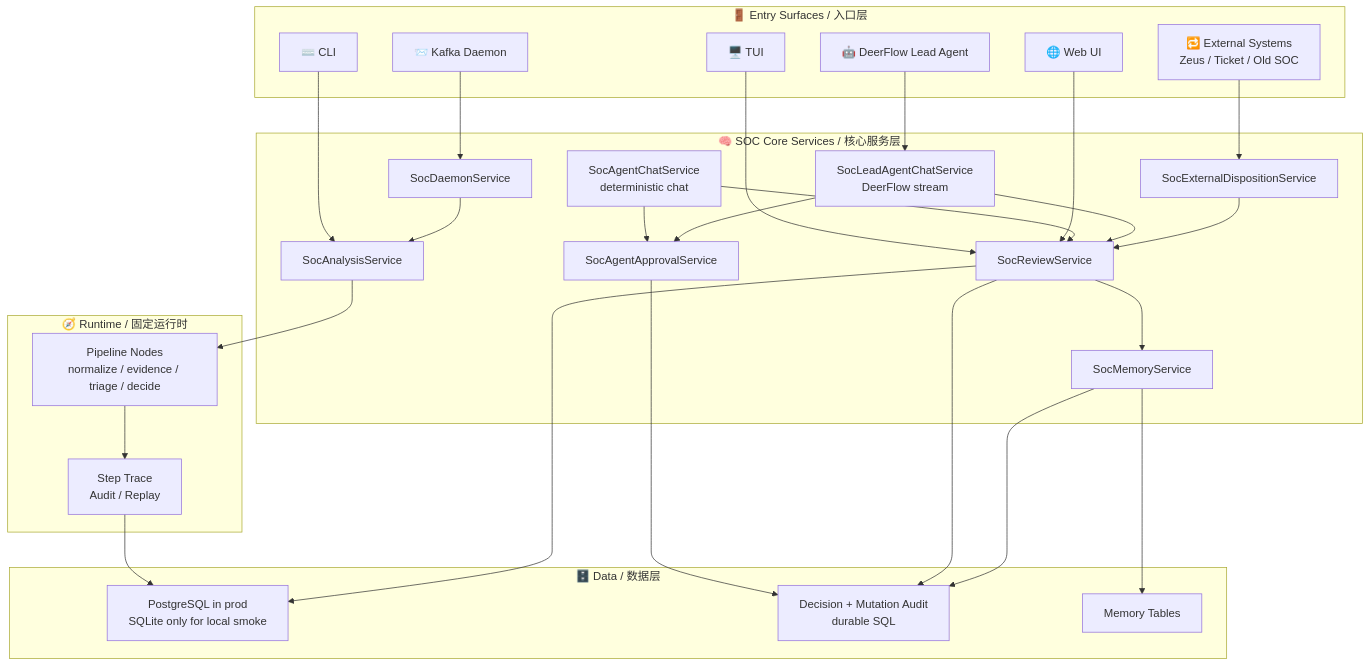
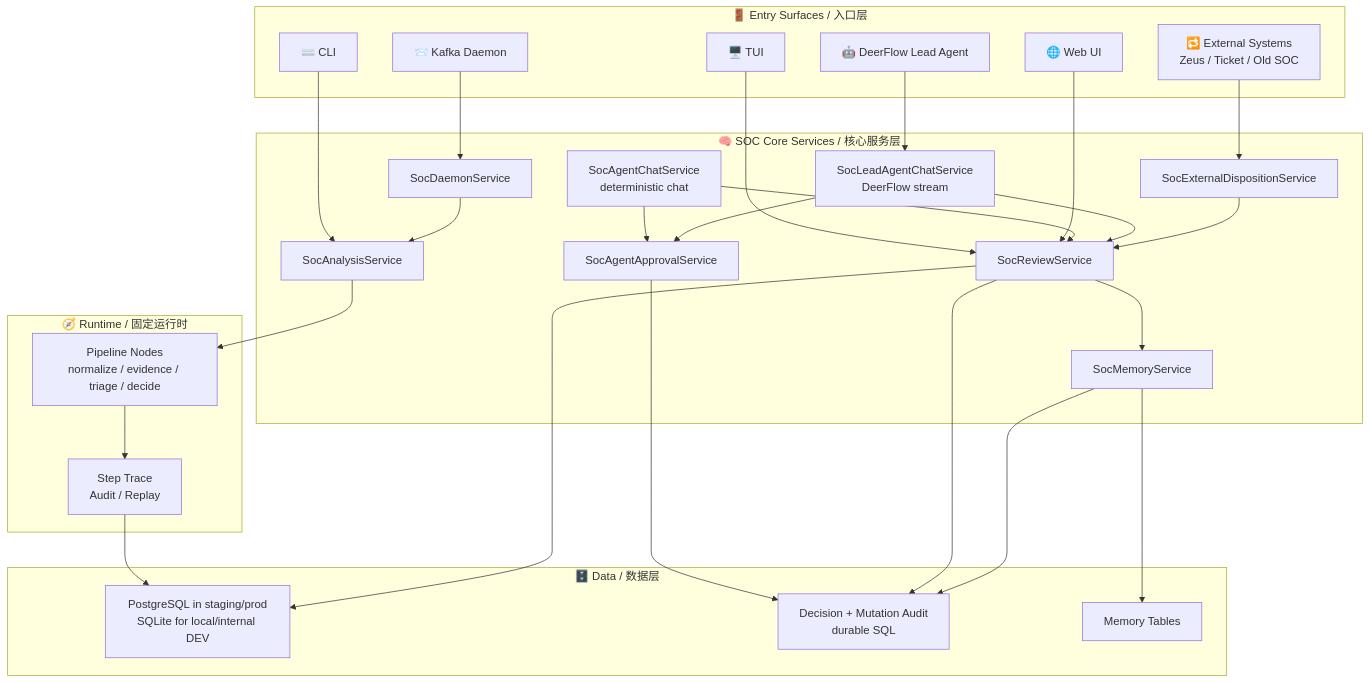
The second of 15 diagrams in .notes/ai_soc/soc-agent-solution.md (yydspanda/deer-flow), drawn with Mermaid before and after one commit. The commit also changed other lines of this file and 40 other files, not shown here.

````diff
--- a/.notes/ai_soc/soc-agent-solution.md
+++ b/.notes/ai_soc/soc-agent-solution.md
@@ -155,56 +155,56 @@
 ```mermaid
 flowchart TB
     subgraph Entry["🚪 Entry Surfaces / 入口层"]
         CLI["⌨️ CLI"]
         TUI["🖥️ TUI"]
         WEB["🌐 Web UI"]
         KAFKA["📨 Kafka Daemon"]
         LEAD["🤖 DeerFlow Lead Agent"]
         EXT["🔁 External Systems<br/>Zeus / Ticket / Old SOC"]
     end
 
     subgraph Core["🧠 SOC Core Services / 核心服务层"]
         ANALYSIS["SocAnalysisService"]
         REVIEW["SocReviewService"]
         MEMORY["SocMemoryService"]
         DAEMON["SocDaemonService"]
         CHAT["SocAgentChatService<br/>deterministic chat"]
         LEAD_CHAT["SocLeadAgentChatService<br/>DeerFlow stream"]
         DISPOSITION["SocExternalDispositionService"]
         APPROVAL["SocAgentApprovalService"]
     end
 
     subgraph Runtime["🧭 Runtime / 固定运行时"]
         PIPELINE["Pipeline Nodes<br/>normalize / evidence / triage / decide"]
         TRACE["Step Trace<br/>Audit / Replay"]
     end
 
     subgraph Data["🗄️ Data / 数据层"]
-        DB["PostgreSQL in prod<br/>SQLite only for local smoke"]
+        DB["PostgreSQL in staging/prod<br/>SQLite for local/internal DEV"]
         AUDIT_DB["Decision + Mutation Audit<br/>durable SQL"]
         MEMORY_DB["Memory Tables"]
     end
 
     CLI --> ANALYSIS
     TUI --> REVIEW
     WEB --> REVIEW
     KAFKA --> DAEMON
     LEAD --> LEAD_CHAT
     EXT --> DISPOSITION
 
     DAEMON --> ANALYSIS
     CHAT --> REVIEW
     CHAT --> APPROVAL
     LEAD_CHAT --> REVIEW
     LEAD_CHAT --> APPROVAL
     DISPOSITION --> REVIEW
     REVIEW --> MEMORY
     ANALYSIS --> PIPELINE
     PIPELINE --> TRACE
     TRACE --> DB
     REVIEW --> DB
     MEMORY --> MEMORY_DB
     APPROVAL --> AUDIT_DB
     REVIEW --> AUDIT_DB
     MEMORY --> AUDIT_DB
 ```
````
